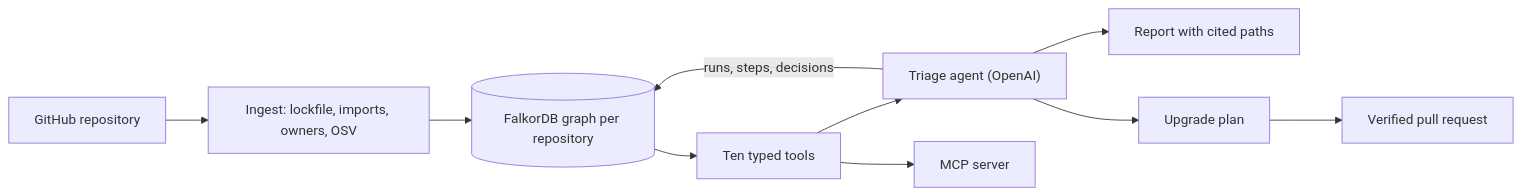
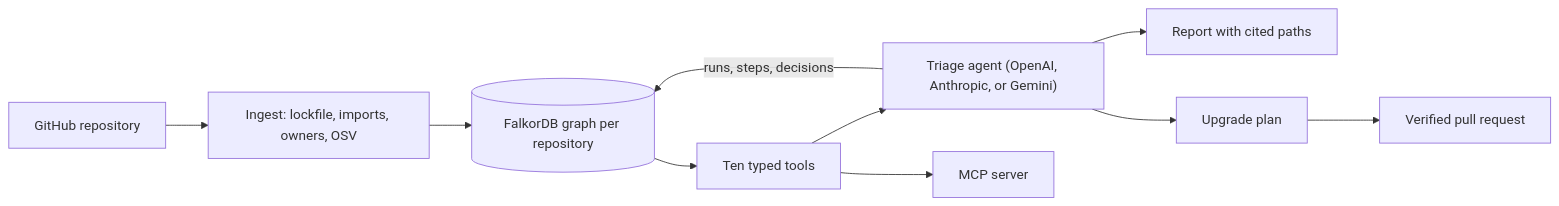
Before and after one commit to sakibalig/noderunner: the diagram in README.md, drawn with Mermaid. The commit also changed other lines of this file and 21 other files, not shown here.

First line of the commit message:
feat(core): make the LLM provider vendor-neutral (OpenAI, Anthropic, Gemini)

````diff
--- a/README.md
+++ b/README.md
@@ -42,12 +42,12 @@
 ```mermaid
 flowchart LR
     repo["GitHub repository"] --> ingest["Ingest: lockfile, imports, owners, OSV"]
     ingest --> db[("FalkorDB graph per repository")]
     db --> tools["Ten typed tools"]
-    tools --> agent["Triage agent (OpenAI)"]
+    tools --> agent["Triage agent (OpenAI, Anthropic, or Gemini)"]
     tools --> mcp["MCP server"]
     agent --> report["Report with cited paths"]
     agent --> plan["Upgrade plan"]
     plan --> pr["Verified pull request"]
     agent -->|"runs, steps, decisions"| db
 ```
````
